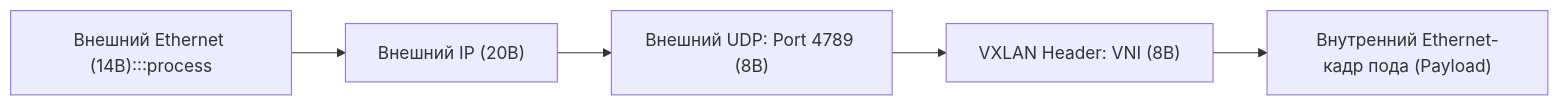
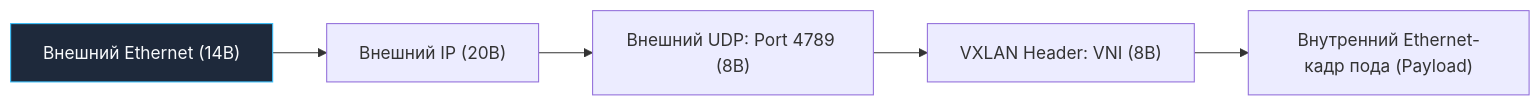
Before and after one commit to UnrealTemplier/go-textbook-ru: the fourth of 5 diagrams in sources/3. Компьютерные сети и сетевой стек/9. VLAN, VXLAN и сегментация сети.md, drawn with Mermaid. The commit also changed other lines of this file and 166 other files, not shown here.

First line of the commit message:
fix(mermaid): move :::class out of quoted node labels

````diff
--- a/sources/3. Компьютерные сети и сетевой стек/9. VLAN, VXLAN и сегментация сети.md
+++ b/sources/3. Компьютерные сети и сетевой стек/9. VLAN, VXLAN и сегментация сети.md
@@ -191,17 +191,17 @@
 ```mermaid
 flowchart LR
     classDef process  fill:#1e293b,stroke:#38bdf8,stroke-width:1px,color:#f8fafc
     classDef success  fill:#064e3b,stroke:#34d399,stroke-width:1px,color:#f8fafc
     classDef error    fill:#7f1d1d,stroke:#f87171,stroke-width:1px,color:#f8fafc
     classDef warning  fill:#78350f,stroke:#fbbf24,stroke-width:1px,color:#f8fafc
     classDef entry    fill:#1e3a5f,stroke:#38bdf8,stroke-width:2px,color:#f8fafc
     classDef aux      fill:#334155,stroke:#64748b,stroke-width:1px,color:#f8fafc
     classDef system   fill:#312e81,stroke:#a78bfa,stroke-width:1px,color:#f8fafc
     classDef data     fill:#132d29,stroke:#2dd4bf,stroke-width:1px,color:#f8fafc
     classDef network  fill:#881337,stroke:#fb7185,stroke-width:1px,color:#f8fafc
     classDef accent   fill:#1e1b4b,stroke:#818cf8,stroke-width:1px,color:#f8fafc
-    OuterEth["Внешний Ethernet (14B):::process"] --> OuterIP["Внешний IP (20B)"]
+    OuterEth["Внешний Ethernet (14B)"]:::process --> OuterIP["Внешний IP (20B)"]
     OuterIP --> OuterUDP["Внешний UDP: Port 4789 (8B)"]
     OuterUDP --> VXLAN_Hdr["VXLAN Header: VNI (8B)"]
     VXLAN_Hdr --> InnerEth["Внутренний Ethernet-кадр пода (Payload)"]
 ```
````
